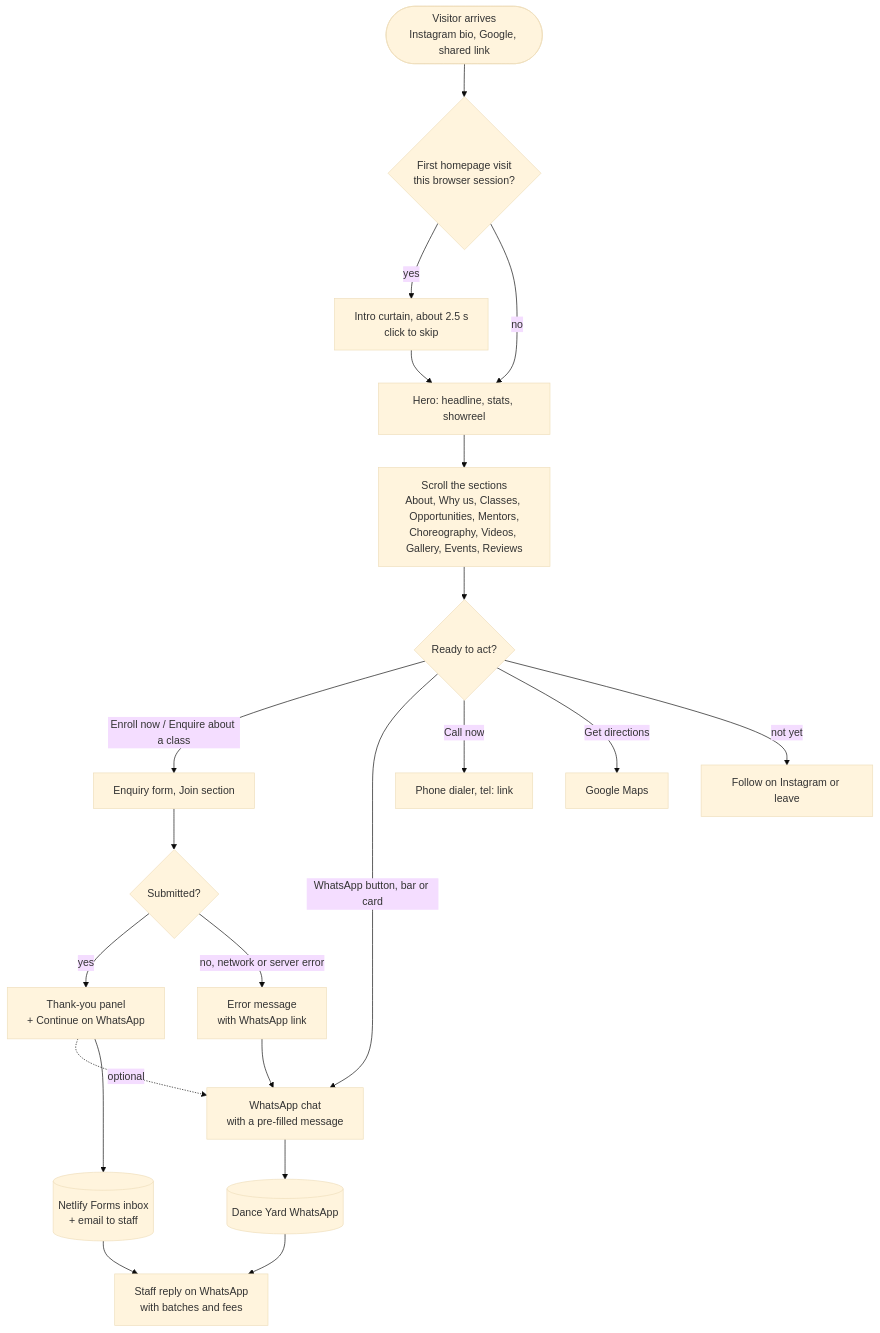
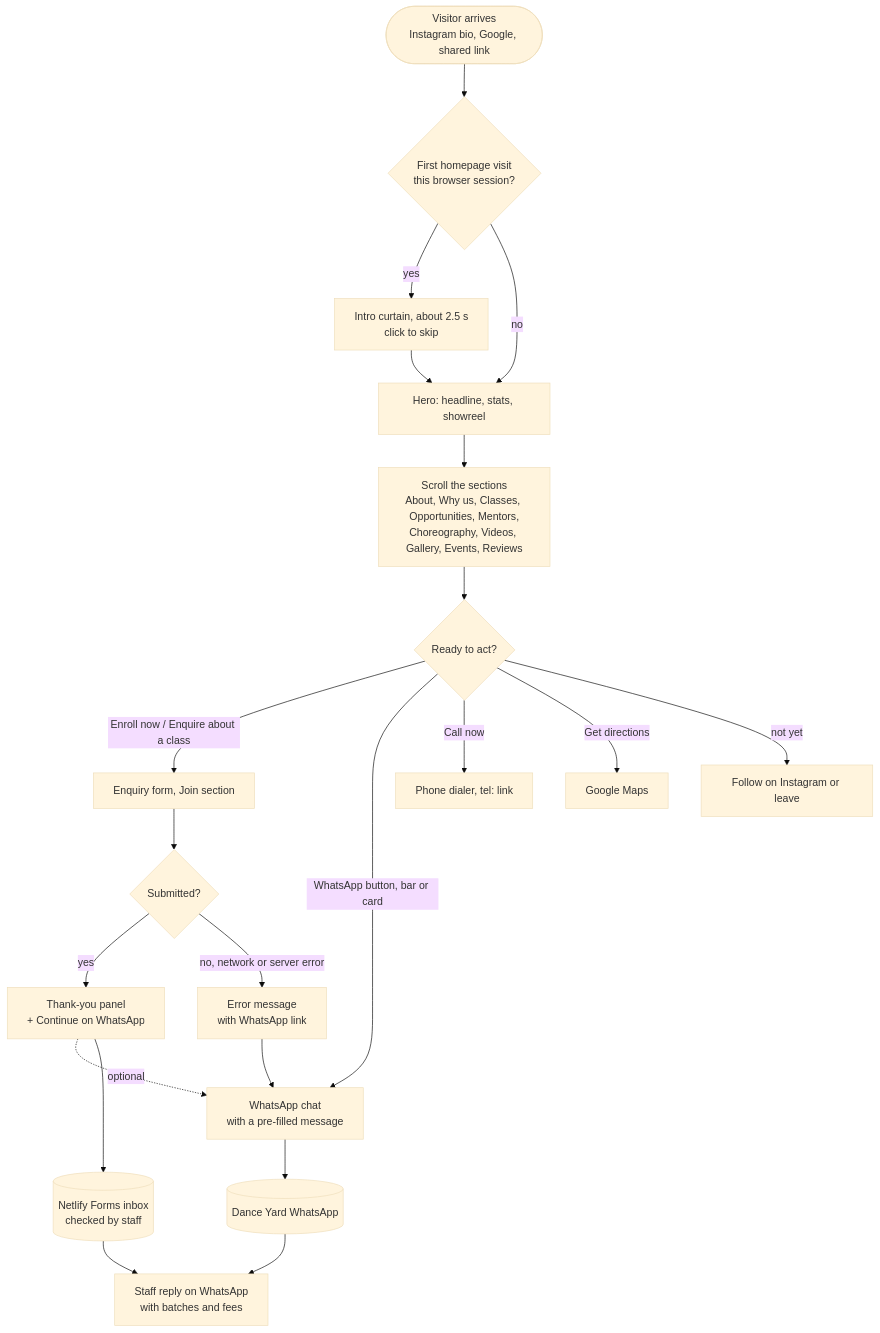
The fifth of 21 diagrams in docs/tech-spec/technical-spec.md (surajrahade27/Danceyard87Portfolio), drawn with Mermaid (base theme) before and after one commit. The commit also changed other lines of this file and 6 other files, not shown here.

````diff
--- a/docs/tech-spec/technical-spec.md
+++ b/docs/tech-spec/technical-spec.md
@@ -284,23 +284,23 @@
 ```mermaid
 flowchart TD
   start(["Visitor arrives<br/>Instagram bio, Google, shared link"]) --> first{"First homepage visit<br/>this browser session?"}
   first -- yes --> curtain["Intro curtain, about 2.5 s<br/>click to skip"]
   first -- no --> hero
   curtain --> hero["Hero: headline, stats, showreel"]
   hero --> browse["Scroll the sections<br/>About, Why us, Classes, Opportunities, Mentors,<br/>Choreography, Videos, Gallery, Events, Reviews"]
   browse --> decide{"Ready to act?"}
   decide -- "Enroll now / Enquire about a class" --> form["Enquiry form, Join section"]
   decide -- "WhatsApp button, bar or card" --> wa["WhatsApp chat<br/>with a pre-filled message"]
   decide -- "Call now" --> call["Phone dialer, tel: link"]
   decide -- "Get directions" --> maps["Google Maps"]
   decide -- "not yet" --> social["Follow on Instagram or leave"]
   form --> ok{"Submitted?"}
   ok -- yes --> thanks["Thank-you panel<br/>+ Continue on WhatsApp"]
   ok -- "no, network or server error" --> fallback["Error message<br/>with WhatsApp link"]
   fallback --> wa
   thanks -. optional .-> wa
-  thanks --> lead[("Netlify Forms inbox<br/>+ email to staff")]
+  thanks --> lead[("Netlify Forms inbox<br/>checked by staff")]
   wa --> chat[("Dance Yard WhatsApp")]
   lead --> follow["Staff reply on WhatsApp<br/>with batches and fees"]
   chat --> follow
 ```
````
